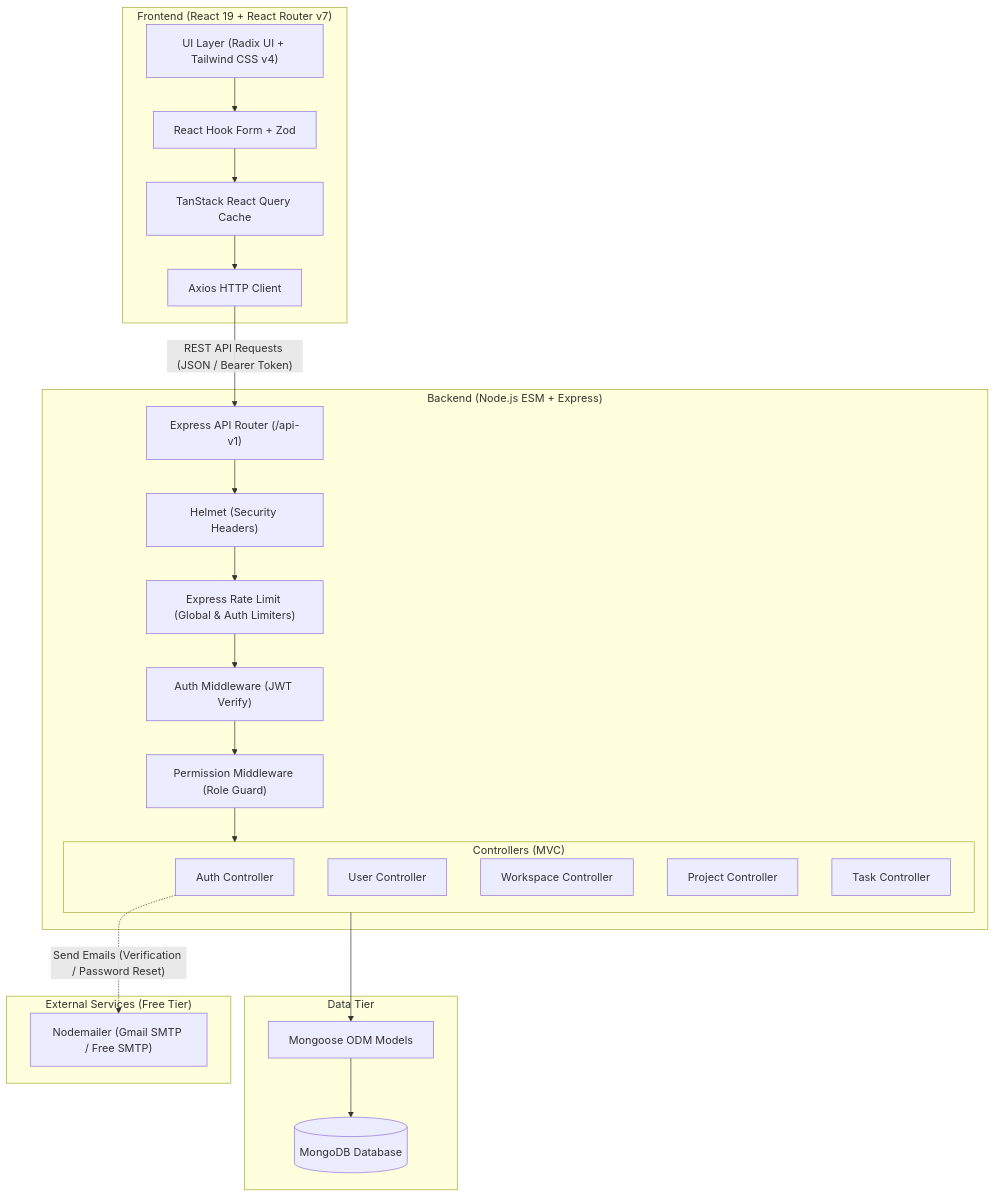
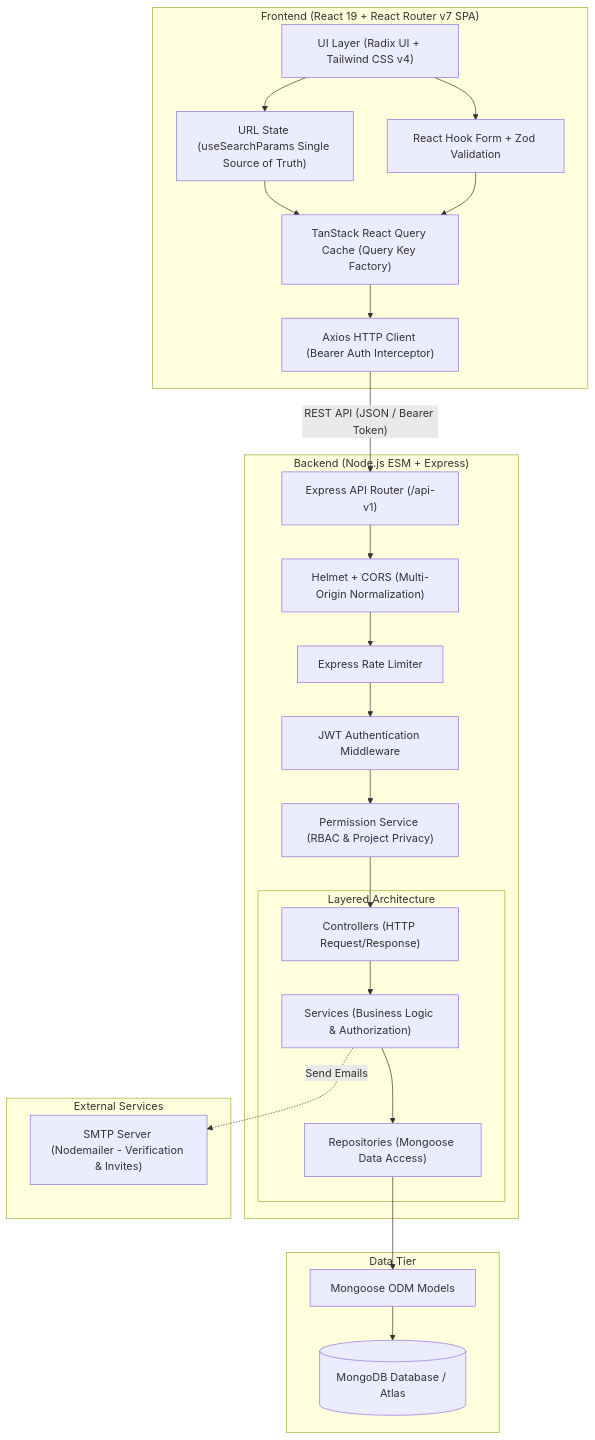
One commit to ombiswas/project-manager changed the diagram in README.md. Above: the diagram before and after it, drawn with Mermaid. The commit also changed other lines of this file, not shown here.

Commit message:
docs: comprehensive update to README for architecture, setup, rbac and deployment

````diff
--- a/README.md
+++ b/README.md
@@ -9,48 +78,52 @@
 ```mermaid
 flowchart TD
-    subgraph Client ["Frontend (React 19 + React Router v7)"]
+    subgraph Client ["Frontend (React 19 + React Router v7 SPA)"]
         UI["UI Layer (Radix UI + Tailwind CSS v4)"]
-        Forms["React Hook Form + Zod"]
-        RQ["TanStack React Query Cache"]
-        AxiosClient["Axios HTTP Client"]
+        Forms["React Hook Form + Zod Validation"]
+        State["URL State (useSearchParams Single Source of Truth)"]
+        RQ["TanStack React Query Cache (Query Key Factory)"]
+        AxiosClient["Axios HTTP Client (Bearer Auth Interceptor)"]
+        
         UI --> Forms
+        UI --> State
+        State --> RQ
         Forms --> RQ
         RQ --> AxiosClient
     end
 
     subgraph Server ["Backend (Node.js ESM + Express)"]
         Router["Express API Router (/api-v1)"]
-        SecurityMW["Helmet (Security Headers)"]
-        RateLimitMW["Express Rate Limit (Global & Auth Limiters)"]
-        AuthMW["Auth Middleware (JWT Verify)"]
-        PermMW["Permission Middleware (Role Guard)"]
+        SecurityMW["Helmet + CORS (Multi-Origin Normalization)"]
+        RateLimitMW["Express Rate Limiter"]
+        AuthMW["JWT Authentication Middleware"]
+        PermMW["Permission Service (RBAC & Project Privacy)"]
         
-        subgraph Controllers ["Controllers (MVC)"]
-            AuthCtrl["Auth Controller"]
-            UserCtrl["User Controller"]
-            WorkspaceCtrl["Workspace Controller"]
-            ProjectCtrl["Project Controller"]
-            TaskCtrl["Task Controller"]
+        subgraph Layers ["Layered Architecture"]
+            Controllers["Controllers (HTTP Request/Response)"]
+            Services["Services (Business Logic & Authorization)"]
+            Repositories["Repositories (Mongoose Data Access)"]
         end
-
+        
         Router --> SecurityMW
         SecurityMW --> RateLimitMW
         RateLimitMW --> AuthMW
         AuthMW --> PermMW
         PermMW --> Controllers
+        Controllers --> Services
+        Services --> Repositories
     end
 
-    subgraph Database ["Data Tier"]
-        Mongo[("MongoDB Database")]
+    subgraph DataTier ["Data Tier"]
         MongooseODM["Mongoose ODM Models"]
-        Controllers --> MongooseODM
+        Mongo[("MongoDB Database / Atlas")]
+        Repositories --> MongooseODM
         MongooseODM --> Mongo
     end
 
-    subgraph External ["External Services (Free Tier)"]
-        SMTPService["Nodemailer (Gmail SMTP / Free SMTP)"]
+    subgraph ExternalServices ["External Services"]
+        SMTPService["SMTP Server (Nodemailer - Verification & Invites)"]
     end
 
-    AxiosClient -->|"REST API Requests (JSON / Bearer Token)"| Router
-    AuthCtrl -.->|"Send Emails (Verification / Password Reset)"| SMTPService
+    AxiosClient -->|"REST API (JSON / Bearer Token)"| Router
+    Services -.->|"Send Emails"| SMTPService
 ```
````
